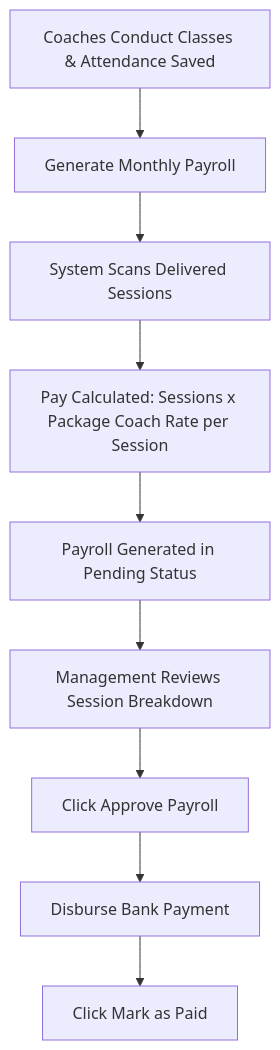
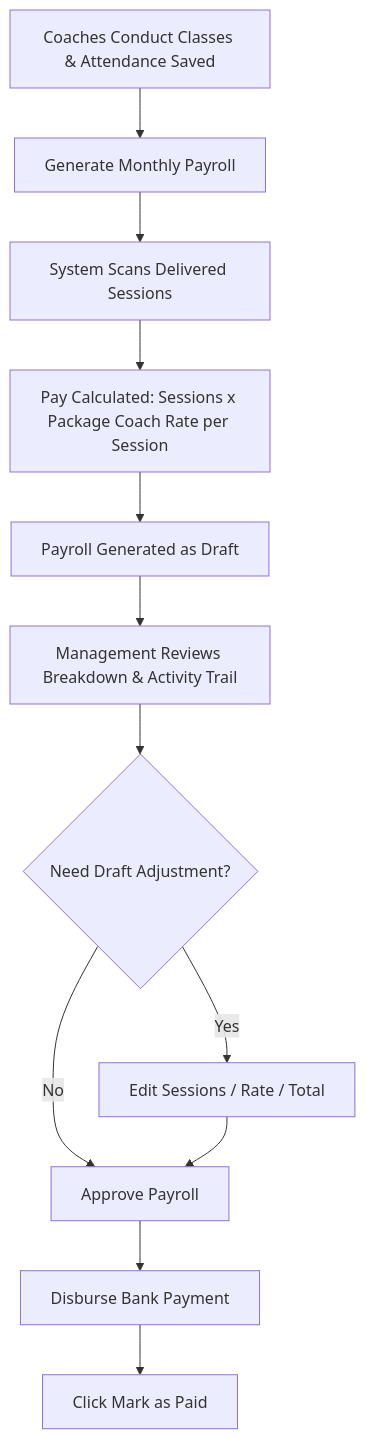
Before and after one commit to salehuddin/Xchess-Academy-OS: the diagram in docs/workflows/04-coaches-and-payroll.md, drawn with Mermaid. The commit also changed other lines of this file and 59 other files, not shown here.

````diff
--- a/docs/workflows/04-coaches-and-payroll.md
+++ b/docs/workflows/04-coaches-and-payroll.md
@@ -9,11 +9,14 @@
 ```mermaid
 graph TD
     A[Coaches Conduct Classes & Attendance Saved] --> B[Generate Monthly Payroll]
     B --> C[System Scans Delivered Sessions]
     C --> D[Pay Calculated: Sessions x Package Coach Rate per Session]
-    D --> E[Payroll Generated in Pending Status]
-    E --> F[Management Reviews Session Breakdown]
-    F --> G[Click Approve Payroll]
-    G --> H[Disburse Bank Payment]
-    H --> I[Click Mark as Paid]
+    D --> E[Payroll Generated as Draft]
+    E --> F[Management Reviews Breakdown & Activity Trail]
+    F --> G{Need Draft Adjustment?}
+    G -->|Yes| H[Edit Sessions / Rate / Total]
+    G -->|No| I[Approve Payroll]
+    H --> I
+    I --> J[Disburse Bank Payment]
+    J --> K[Click Mark as Paid]
 ```
````
